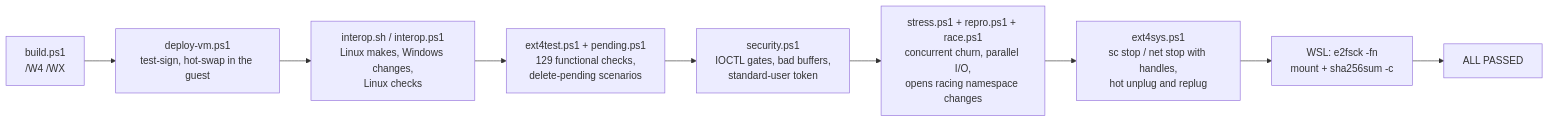
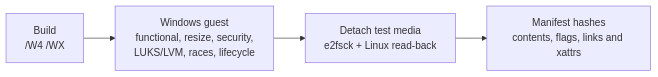
One commit to wesmar/Ext4 changed the fourth of 4 diagrams in README.md. Above: the diagram before and after it, drawn with Mermaid. The commit also changed other lines of this file and 216 other files, not shown here.

````diff
--- a/README.md
+++ b/README.md
@@ -422,14 +393,6 @@
 ```mermaid
 flowchart LR
-    BUILD["build.ps1<br/>/W4 /WX"]
-    DEPLOY["deploy-vm.ps1<br/>test-sign, hot-swap in the guest"]
-    FUNC["ext4test.ps1 + pending.ps1<br/>129 functional checks,<br/>delete-pending scenarios"]
-    SEC["security.ps1<br/>IOCTL gates, bad buffers,<br/>standard-user token"]
-    INT["interop.sh / interop.ps1<br/>Linux makes, Windows changes,<br/>Linux checks"]
-    STRESS["stress.ps1 + repro.ps1 + race.ps1<br/>concurrent churn, parallel I/O,<br/>opens racing namespace changes"]
-    SYS["ext4sys.ps1<br/>sc stop / net stop with handles,<br/>hot unplug and replug"]
-    LNX["WSL: e2fsck -fn<br/>mount + sha256sum -c"]
-    OUT["ALL PASSED"]
-
-    BUILD --> DEPLOY --> INT --> FUNC --> SEC --> STRESS --> SYS --> LNX --> OUT
+    BUILD["Build<br/>/W4 /WX"] --> WIN["Windows guest<br/>functional, resize, security,<br/>LUKS/LVM, races, lifecycle"]
+    WIN --> LINUX["Detach test media<br/>e2fsck + Linux read-back"]
+    LINUX --> HASH["Manifest hashes<br/>contents, flags, links and xattrs"]
 ```
````
